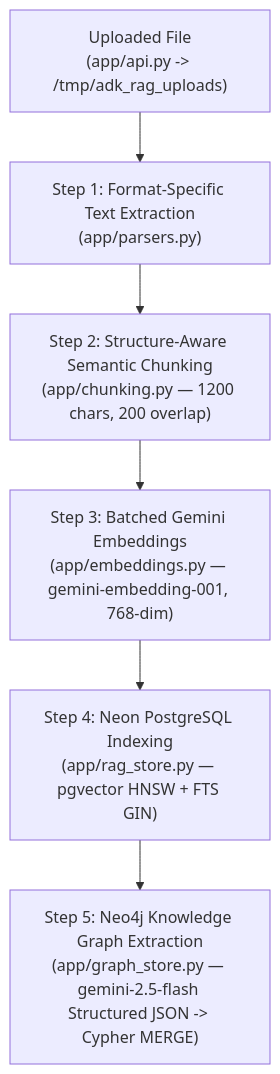
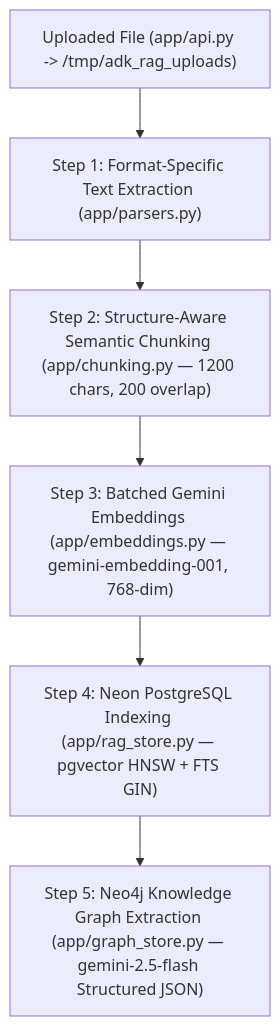
Before and after one commit to Dronanaik/adk_rag: the diagram in docs/INGESTION.md, drawn with Mermaid. The commit also changed 10 other files, not shown here.

````diff
--- a/docs/INGESTION.md
+++ b/docs/INGESTION.md
@@ -9,8 +9,8 @@
 ```mermaid
 flowchart TD
-    Upload["Uploaded File\n(app/api.py -> /tmp/adk_rag_uploads)"] --> Step1["Step 1: Format-Specific Text Extraction\n(app/parsers.py)"]
-    Step1 --> Step2["Step 2: Structure-Aware Semantic Chunking\n(app/chunking.py — 1200 chars, 200 overlap)"]
-    Step2 --> Step3["Step 3: Batched Gemini Embeddings\n(app/embeddings.py — gemini-embedding-001, 768-dim)"]
-    Step3 --> Step4["Step 4: Neon PostgreSQL Indexing\n(app/rag_store.py — pgvector HNSW + FTS GIN)"]
-    Step4 --> Step5["Step 5: Neo4j Knowledge Graph Extraction\n(app/graph_store.py — gemini-2.5-flash Structured JSON -> Cypher MERGE)"]
+    Upload["Uploaded File (app/api.py -> /tmp/adk_rag_uploads)"] --> Step1["Step 1: Format-Specific Text Extraction (app/parsers.py)"]
+    Step1 --> Step2["Step 2: Structure-Aware Semantic Chunking (app/chunking.py — 1200 chars, 200 overlap)"]
+    Step2 --> Step3["Step 3: Batched Gemini Embeddings (app/embeddings.py — gemini-embedding-001, 768-dim)"]
+    Step3 --> Step4["Step 4: Neon PostgreSQL Indexing (app/rag_store.py — pgvector HNSW + FTS GIN)"]
+    Step4 --> Step5["Step 5: Neo4j Knowledge Graph Extraction (app/graph_store.py — gemini-2.5-flash Structured JSON)"]
 ```
````
